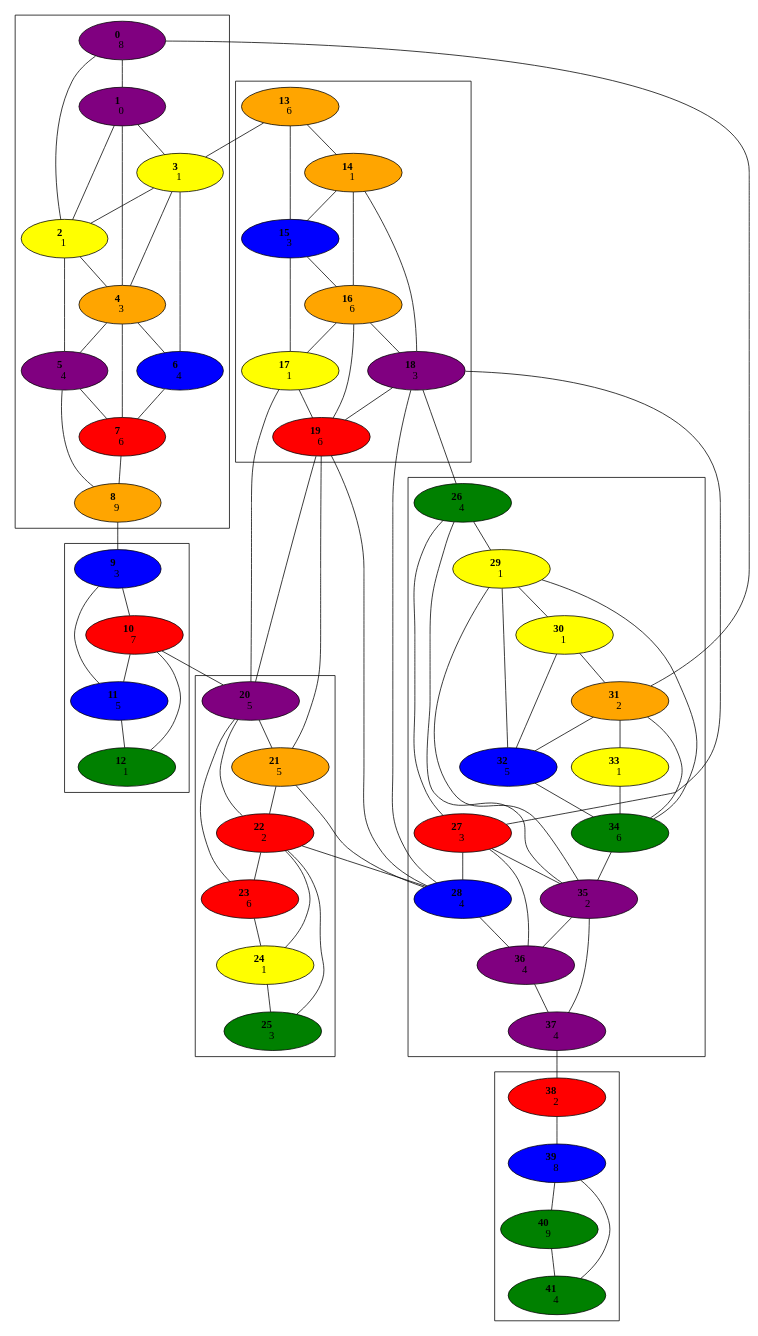
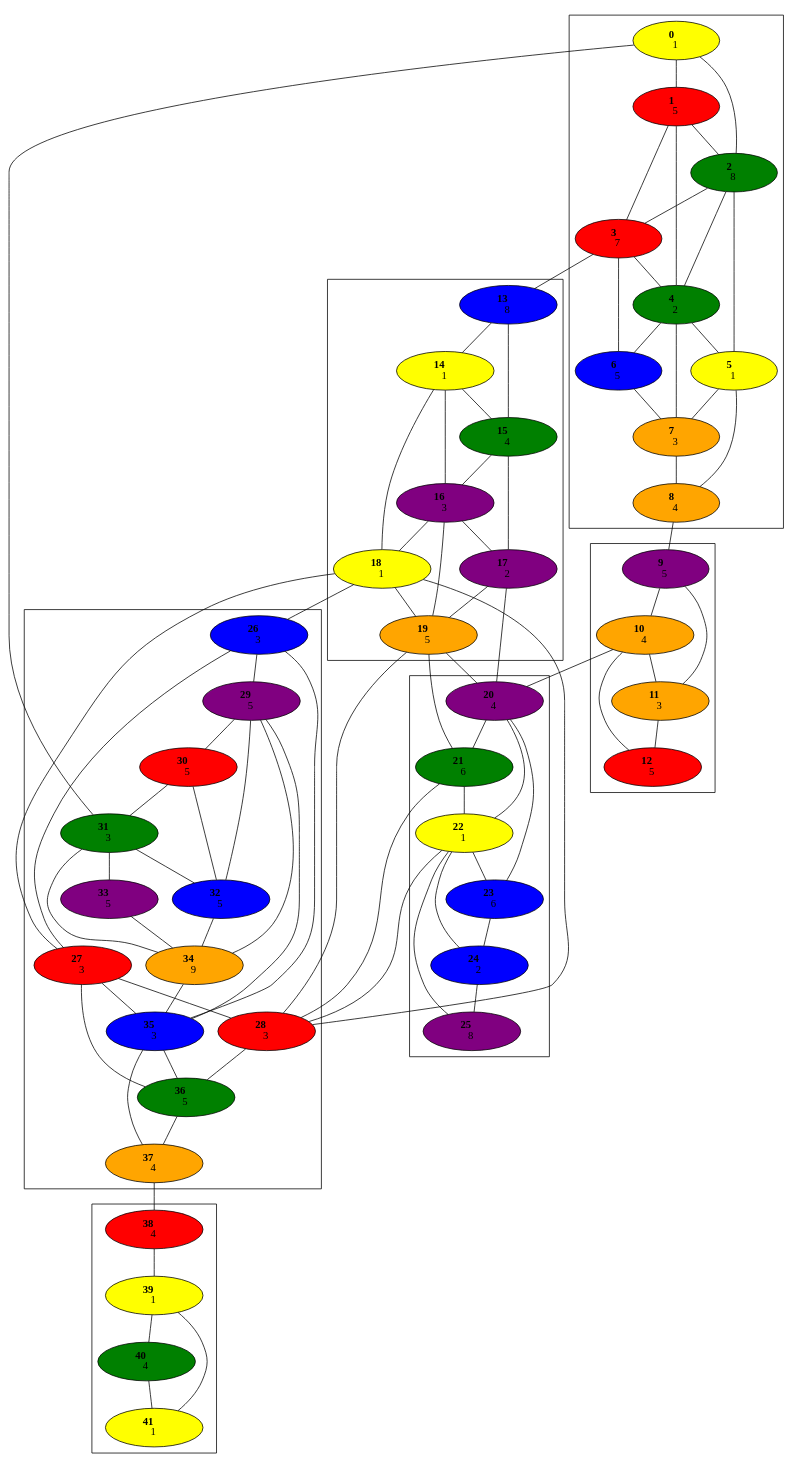
One commit to jsf2408/Risk changed the diagram in Graph.gv. Above: the diagram before and after it, drawn with Graphviz. The commit also changed 4 other files, not shown here.

```diff
--- a/Graph.gv
+++ b/Graph.gv
@@ -59,11 +59,12 @@
 	1 -- 2
 	1 -- 3
 	1 -- 4
+	2 -- 3
 	2 -- 4
 	2 -- 5
-	3 -- 2
 	3 -- 4
 	3 -- 6
+	3 -- 13
 	4 -- 5
 	4 -- 6
 	4 -- 7
@@ -78,7 +79,6 @@
 	10 -- 12
 	10 -- 20
 	11 -- 12
-	13 -- 3
 	13 -- 14
 	13 -- 15
 	14 -- 15
@@ -136,88 +136,88 @@
 	39 -- 40
 	39 -- 41
 	40 -- 41
-	0 [fillcolor=purple style=filled]
-	1 [fillcolor=purple style=filled]
-	2 [fillcolor=yellow style=filled]
-	3 [fillcolor=yellow style=filled]
-	4 [fillcolor=orange style=filled]
-	5 [fillcolor=purple style=filled]
+	0 [fillcolor=yellow style=filled]
+	1 [fillcolor=red style=filled]
+	2 [fillcolor=green style=filled]
+	3 [fillcolor=red style=filled]
+	4 [fillcolor=green style=filled]
+	5 [fillcolor=yellow style=filled]
 	6 [fillcolor=blue style=filled]
-	7 [fillcolor=red style=filled]
+	7 [fillcolor=orange style=filled]
 	8 [fillcolor=orange style=filled]
-	9 [fillcolor=blue style=filled]
-	10 [fillcolor=red style=filled]
-	11 [fillcolor=blue style=filled]
-	12 [fillcolor=green style=filled]
-	13 [fillcolor=orange style=filled]
-	14 [fillcolor=orange style=filled]
-	15 [fillcolor=blue style=filled]
-	16 [fillcolor=orange style=filled]
-	17 [fillcolor=yellow style=filled]
-	18 [fillcolor=purple style=filled]
-	19 [fillcolor=red style=filled]
+	9 [fillcolor=purple style=filled]
+	10 [fillcolor=orange style=filled]
+	11 [fillcolor=orange style=filled]
+	12 [fillcolor=red style=filled]
+	13 [fillcolor=blue style=filled]
+	14 [fillcolor=yellow style=filled]
+	15 [fillcolor=green style=filled]
+	16 [fillcolor=purple style=filled]
+	17 [fillcolor=purple style=filled]
+	18 [fillcolor=yellow style=filled]
+	19 [fillcolor=orange style=filled]
 	20 [fillcolor=purple style=filled]
-	21 [fillcolor=orange style=filled]
-	22 [fillcolor=red style=filled]
-	23 [fillcolor=red style=filled]
-	24 [fillcolor=yellow style=filled]
-	25 [fillcolor=green style=filled]
-	26 [fillcolor=green style=filled]
+	21 [fillcolor=green style=filled]
+	22 [fillcolor=yellow style=filled]
+	23 [fillcolor=blue style=filled]
+	24 [fillcolor=blue style=filled]
+	25 [fillcolor=purple style=filled]
+	26 [fillcolor=blue style=filled]
 	27 [fillcolor=red style=filled]
-	28 [fillcolor=blue style=filled]
-	29 [fillcolor=yellow style=filled]
-	30 [fillcolor=yellow style=filled]
-	31 [fillcolor=orange style=filled]
+	28 [fillcolor=red style=filled]
+	29 [fillcolor=purple style=filled]
+	30 [fillcolor=red style=filled]
+	31 [fillcolor=green style=filled]
 	32 [fillcolor=blue style=filled]
-	33 [fillcolor=yellow style=filled]
-	34 [fillcolor=green style=filled]
-	35 [fillcolor=purple style=filled]
-	36 [fillcolor=purple style=filled]
-	37 [fillcolor=purple style=filled]
+	33 [fillcolor=purple style=filled]
+	34 [fillcolor=orange style=filled]
+	35 [fillcolor=blue style=filled]
+	36 [fillcolor=green style=filled]
+	37 [fillcolor=orange style=filled]
 	38 [fillcolor=red style=filled]
-	39 [fillcolor=blue style=filled]
+	39 [fillcolor=yellow style=filled]
 	40 [fillcolor=green style=filled]
-	41 [fillcolor=green style=filled]
-	0 [label=< <b>      0    </b> <br/>8>]
-	1 [label=< <b>      1    </b> <br/>0>]
-	2 [label=< <b>      2    </b> <br/>1>]
-	3 [label=< <b>      3    </b> <br/>1>]
-	4 [label=< <b>      4    </b> <br/>3>]
-	5 [label=< <b>      5    </b> <br/>4>]
-	6 [label=< <b>      6    </b> <br/>4>]
-	7 [label=< <b>      7    </b> <br/>6>]
-	8 [label=< <b>      8    </b> <br/>9>]
-	9 [label=< <b>      9    </b> <br/>3>]
-	10 [label=< <b>      10    </b> <br/>7>]
-	11 [label=< <b>      11    </b> <br/>5>]
-	12 [label=< <b>      12    </b> <br/>1>]
-	13 [label=< <b>      13    </b> <br/>6>]
+	41 [fillcolor=yellow style=filled]
+	0 [label=< <b>      0    </b> <br/>1>]
+	1 [label=< <b>      1    </b> <br/>5>]
+	2 [label=< <b>      2    </b> <br/>8>]
+	3 [label=< <b>      3    </b> <br/>7>]
+	4 [label=< <b>      4    </b> <br/>2>]
+	5 [label=< <b>      5    </b> <br/>1>]
+	6 [label=< <b>      6    </b> <br/>5>]
+	7 [label=< <b>      7    </b> <br/>3>]
+	8 [label=< <b>      8    </b> <br/>4>]
+	9 [label=< <b>      9    </b> <br/>5>]
+	10 [label=< <b>      10    </b> <br/>4>]
+	11 [label=< <b>      11    </b> <br/>3>]
+	12 [label=< <b>      12    </b> <br/>5>]
+	13 [label=< <b>      13    </b> <br/>8>]
 	14 [label=< <b>      14    </b> <br/>1>]
-	15 [label=< <b>      15    </b> <br/>3>]
-	16 [label=< <b>      16    </b> <br/>6>]
-	17 [label=< <b>      17    </b> <br/>1>]
-	18 [label=< <b>      18    </b> <br/>3>]
-	19 [label=< <b>      19    </b> <br/>6>]
-	20 [label=< <b>      20    </b> <br/>5>]
-	21 [label=< <b>      21    </b> <br/>5>]
-	22 [label=< <b>      22    </b> <br/>2>]
+	15 [label=< <b>      15    </b> <br/>4>]
+	16 [label=< <b>      16    </b> <br/>3>]
+	17 [label=< <b>      17    </b> <br/>2>]
+	18 [label=< <b>      18    </b> <br/>1>]
+	19 [label=< <b>      19    </b> <br/>5>]
+	20 [label=< <b>      20    </b> <br/>4>]
+	21 [label=< <b>      21    </b> <br/>6>]
+	22 [label=< <b>      22    </b> <br/>1>]
 	23 [label=< <b>      23    </b> <br/>6>]
-	24 [label=< <b>      24    </b> <br/>1>]
-	25 [label=< <b>      25    </b> <br/>3>]
-	26 [label=< <b>      26    </b> <br/>4>]
+	24 [label=< <b>      24    </b> <br/>2>]
+	25 [label=< <b>      25    </b> <br/>8>]
+	26 [label=< <b>      26    </b> <br/>3>]
 	27 [label=< <b>      27    </b> <br/>3>]
-	28 [label=< <b>      28    </b> <br/>4>]
-	29 [label=< <b>      29    </b> <br/>1>]
-	30 [label=< <b>      30    </b> <br/>1>]
-	31 [label=< <b>      31    </b> <br/>2>]
+	28 [label=< <b>      28    </b> <br/>3>]
+	29 [label=< <b>      29    </b> <br/>5>]
+	30 [label=< <b>      30    </b> <br/>5>]
+	31 [label=< <b>      31    </b> <br/>3>]
 	32 [label=< <b>      32    </b> <br/>5>]
-	33 [label=< <b>      33    </b> <br/>1>]
-	34 [label=< <b>      34    </b> <br/>6>]
-	35 [label=< <b>      35    </b> <br/>2>]
-	36 [label=< <b>      36    </b> <br/>4>]
+	33 [label=< <b>      33    </b> <br/>5>]
+	34 [label=< <b>      34    </b> <br/>9>]
+	35 [label=< <b>      35    </b> <br/>3>]
+	36 [label=< <b>      36    </b> <br/>5>]
 	37 [label=< <b>      37    </b> <br/>4>]
-	38 [label=< <b>      38    </b> <br/>2>]
-	39 [label=< <b>      39    </b> <br/>8>]
-	40 [label=< <b>      40    </b> <br/>9>]
-	41 [label=< <b>      41    </b> <br/>4>]
+	38 [label=< <b>      38    </b> <br/>4>]
+	39 [label=< <b>      39    </b> <br/>1>]
+	40 [label=< <b>      40    </b> <br/>4>]
+	41 [label=< <b>      41    </b> <br/>1>]
 }
```
